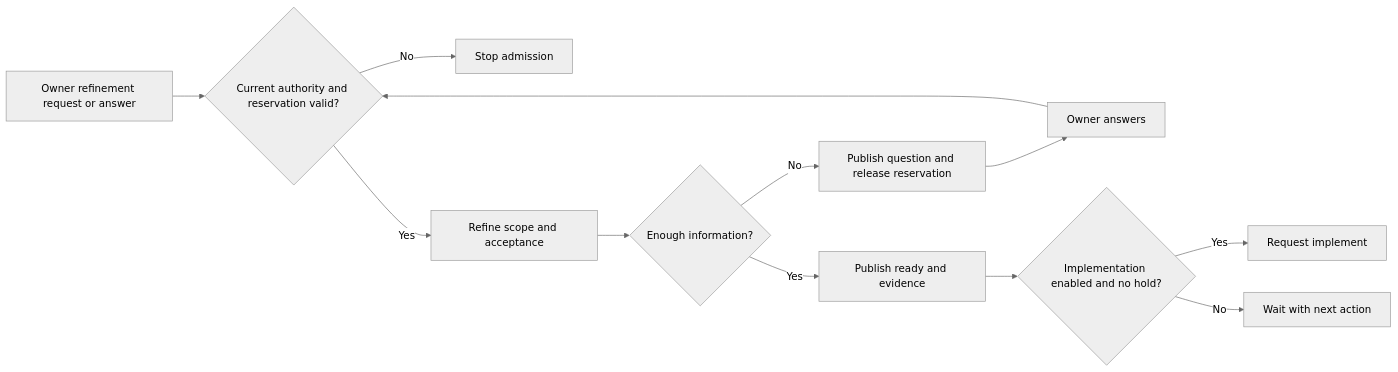
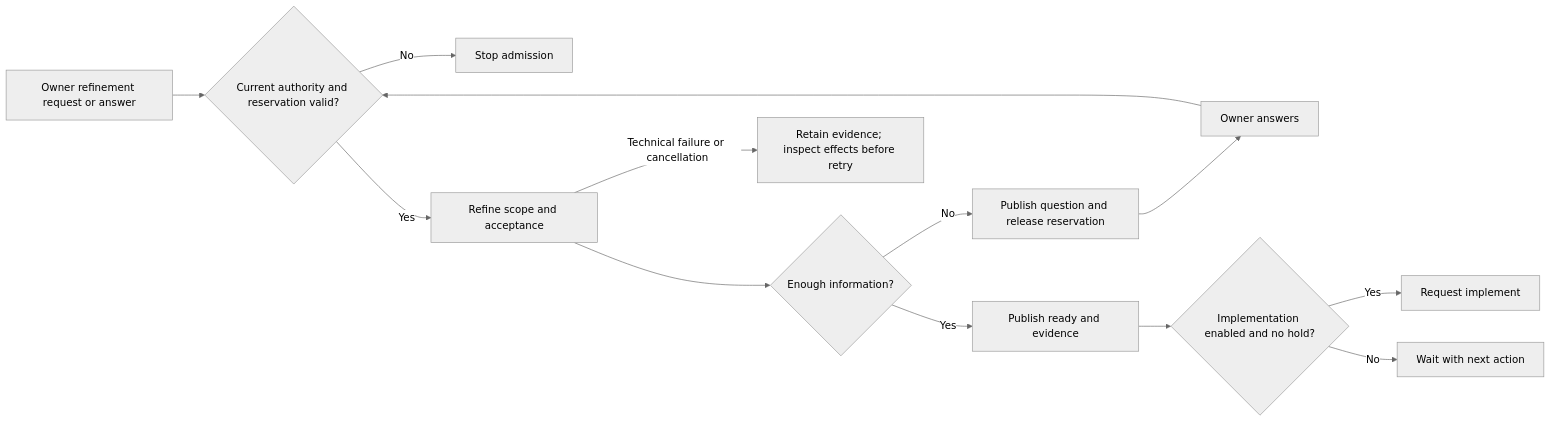
Before and after one commit to juangcarmona/lighthouse: the diagram in docs/architecture/06-runtime-view/refine.md, drawn with Mermaid (neutral theme). The commit also changed other lines of this file and 17 other files, not shown here.

````diff
--- a/docs/architecture/06-runtime-view/refine.md
+++ b/docs/architecture/06-runtime-view/refine.md
@@ -5,16 +5,17 @@
 ```mermaid
 flowchart LR
     accTitle: Refine
     accDescr: An owner requests refinement or answers its pending question. The worker makes the scope and acceptance criteria actionable and reports whether implementation can proceed.
     Request[Owner refinement request or answer] --> Admit{Current authority and reservation valid?}
     Admit -->|No| Stop[Stop admission]
     Admit -->|Yes| Refine[Refine scope and acceptance]
     Refine --> Complete{Enough information?}
     Complete -->|No| Question[Publish question and release reservation]
     Question --> Answer[Owner answers]
     Answer --> Admit
     Complete -->|Yes| Ready[Publish ready and evidence]
     Ready --> Policy{Implementation enabled and no hold?}
     Policy -->|Yes| Implement[Request implement]
     Policy -->|No| Wait[Wait with next action]
+    Refine -->|Technical failure or cancellation| Failure[Retain evidence; inspect effects before retry]
 ```
````
